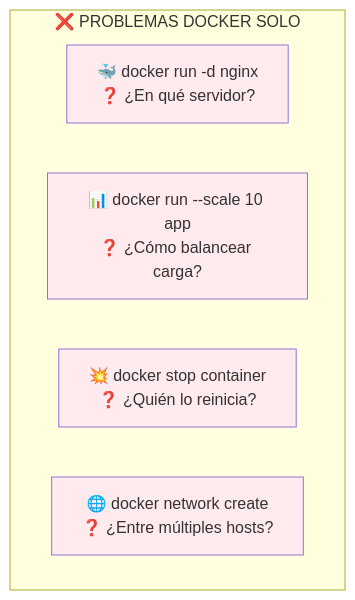
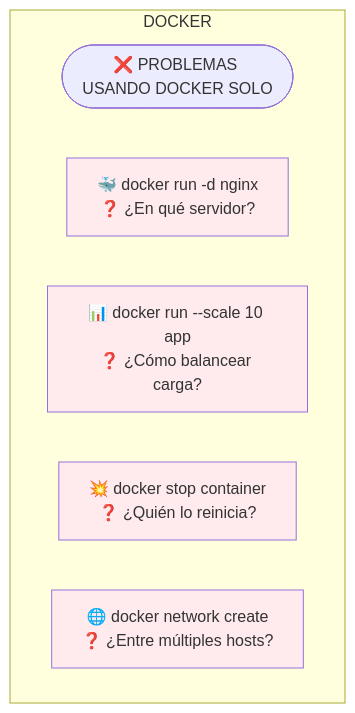
One commit to Harol-Reina/kubernetes-aks-course changed the fifth of 6 diagrams in area-2-arquitectura-kubernetes/modulo-01-introduccion-kubernetes/README.md. Above: the diagram before and after it, drawn with Mermaid. The commit also changed other lines of this file, not shown here.

Commit message:
Refactor Mermaid diagrams in README.md for clarity and consistency

````diff
--- a/area-2-arquitectura-kubernetes/modulo-01-introduccion-kubernetes/README.md
+++ b/area-2-arquitectura-kubernetes/modulo-01-introduccion-kubernetes/README.md
@@ -247,15 +247,18 @@
 ```mermaid
 %%{init: {"theme": "default", "config": {"flowchart": {"width": 900, "curve": "basis"}}}}%%
 graph TB
-    subgraph "❌ PROBLEMAS DOCKER SOLO   "
+    subgraph T1[DOCKER]
+        CP([❌ PROBLEMAS USANDO DOCKER SOLO])
+
         P1[🐳 docker run -d nginx<br/>❓ ¿En qué servidor?]
         P2[📊 docker run --scale 10 app<br/>❓ ¿Cómo balancear carga?]
         P3[💥 docker stop container<br/>❓ ¿Quién lo reinicia?]
         P4[🌐 docker network create<br/>❓ ¿Entre múltiples hosts?]
     end
     
+    
     style P1 fill:#ffebee
     style P2 fill:#ffebee
     style P3 fill:#ffebee
     style P4 fill:#ffebee
 ```
````
